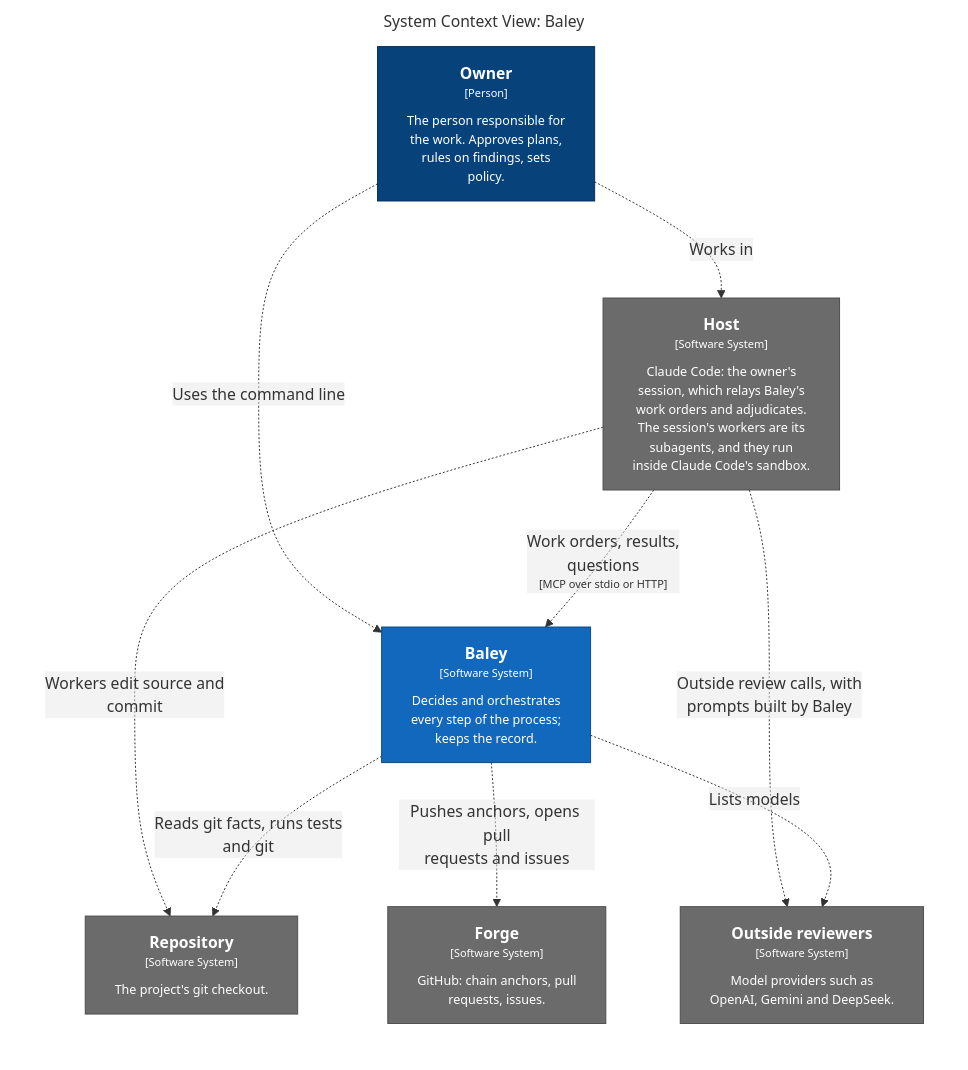
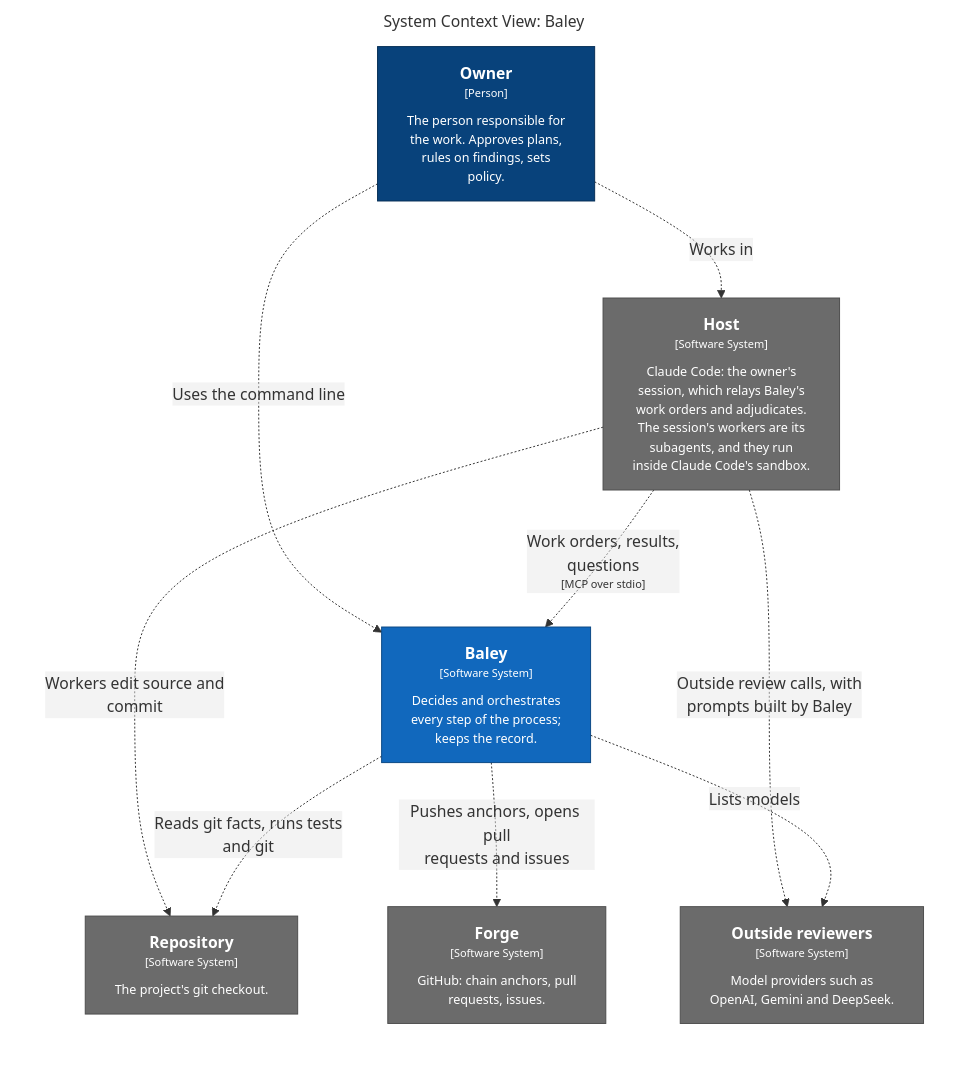
The first of 4 diagrams in docs/design/0002-system-design.md (crenshawdev/baley), drawn with Mermaid before and after one commit. The commit also changed other lines of this file and 2 other files, not shown here.

First line of the commit message:
docs(design): show one stdio server per session in the C4 model

````diff
--- a/docs/design/0002-system-design.md
+++ b/docs/design/0002-system-design.md
@@ -51,31 +51,31 @@
 ```mermaid
 graph LR
   linkStyle default fill:none
 
   subgraph diagram ["System Context View: Baley"]
     style diagram fill:none,stroke:none
 
     1["<div style='font-weight: bold'>Owner</div><div style='font-size: 70%; margin-top: 0px'>[Person]</div><div style='font-size: 80%; margin-top:10px'>The person responsible for<br />the work. Approves plans,<br />rules on findings, sets<br />policy.</div>"]
     style 1 fill:#08427b,stroke:#052e56,color:#ffffff
     15["<div style='font-weight: bold'>Host</div><div style='font-size: 70%; margin-top: 0px'>[Software System]</div><div style='font-size: 80%; margin-top:10px'>Claude Code: the owner's<br />session, which relays Baley's<br />work orders and adjudicates.<br />The session's workers are its<br />subagents, and they run<br />inside Claude Code's sandbox.</div>"]
     style 15 fill:#6b6b6b,stroke:#4d4d4d,color:#ffffff
     16["<div style='font-weight: bold'>Repository</div><div style='font-size: 70%; margin-top: 0px'>[Software System]</div><div style='font-size: 80%; margin-top:10px'>The project's git checkout.</div>"]
     style 16 fill:#6b6b6b,stroke:#4d4d4d,color:#ffffff
     17["<div style='font-weight: bold'>Forge</div><div style='font-size: 70%; margin-top: 0px'>[Software System]</div><div style='font-size: 80%; margin-top:10px'>GitHub: chain anchors, pull<br />requests, issues.</div>"]
     style 17 fill:#6b6b6b,stroke:#4d4d4d,color:#ffffff
     18["<div style='font-weight: bold'>Outside reviewers</div><div style='font-size: 70%; margin-top: 0px'>[Software System]</div><div style='font-size: 80%; margin-top:10px'>Model providers such as<br />OpenAI, Gemini and DeepSeek.</div>"]
     style 18 fill:#6b6b6b,stroke:#4d4d4d,color:#ffffff
     2["<div style='font-weight: bold'>Baley</div><div style='font-size: 70%; margin-top: 0px'>[Software System]</div><div style='font-size: 80%; margin-top:10px'>Decides and orchestrates<br />every step of the process;<br />keeps the record.</div>"]
     style 2 fill:#1168bd,stroke:#0b4884,color:#ffffff
 
     1-. "<div>Works in</div><div style='font-size: 70%'></div>" .->15
     1-. "<div>Uses the command line</div><div style='font-size: 70%'></div>" .->2
-    15-. "<div>Work orders, results,<br />questions</div><div style='font-size: 70%'>[MCP over stdio or HTTP]</div>" .->2
+    15-. "<div>Work orders, results,<br />questions</div><div style='font-size: 70%'>[MCP over stdio]</div>" .->2
     15-. "<div>Workers edit source and<br />commit</div><div style='font-size: 70%'></div>" .->16
     15-. "<div>Outside review calls, with<br />prompts built by Baley</div><div style='font-size: 70%'></div>" .->18
     2-. "<div>Lists models</div><div style='font-size: 70%'></div>" .->18
     2-. "<div>Reads git facts, runs tests<br />and git</div><div style='font-size: 70%'></div>" .->16
     2-. "<div>Pushes anchors, opens pull<br />requests and issues</div><div style='font-size: 70%'></div>" .->17
 
   end
 ```
````
